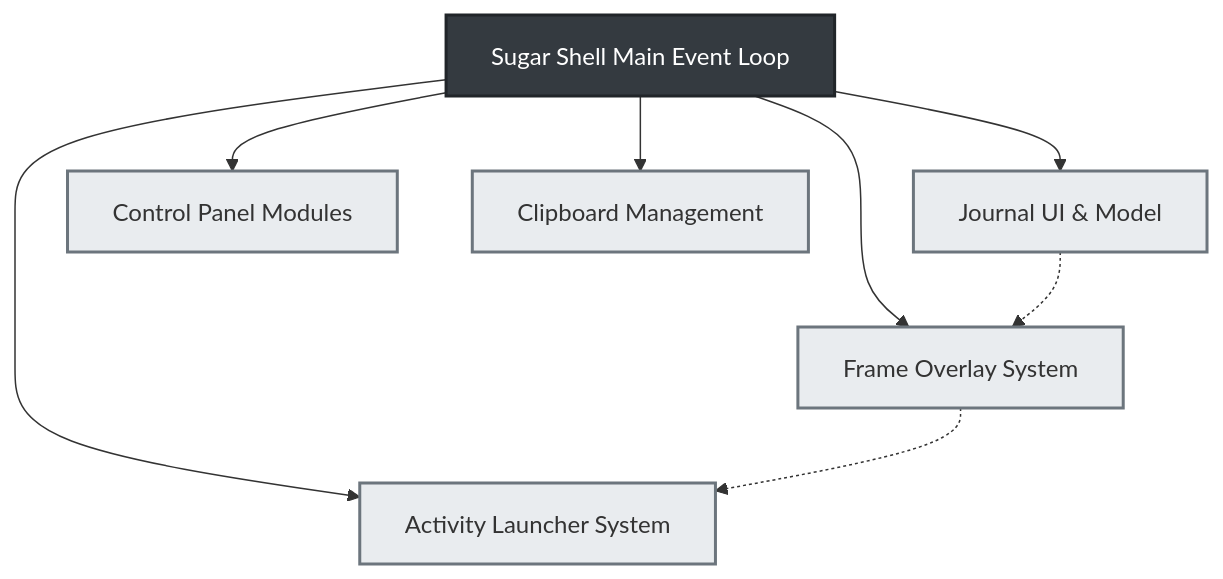
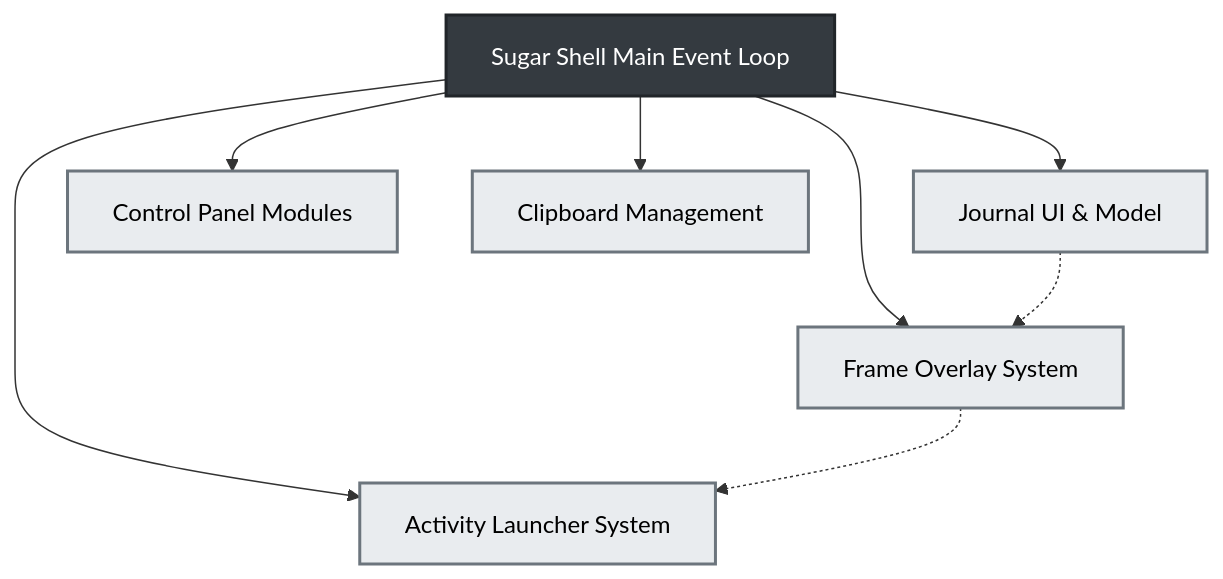
Before and after one commit to Dev10-sys/sugar-proposal-gtk: the fourth of 5 diagrams in proposal.md, drawn with Mermaid. The commit also changed other lines of this file, not shown here.

Commit message:
Force black text color in mermaid classes for dark mode visibility on light backgrounds

````diff
--- a/proposal.md
+++ b/proposal.md
@@ -222,26 +222,26 @@
 ```mermaid
 flowchart TD
     classDef main fill:#343a40,stroke:#212529,stroke-width:2px,color:#fff;
-    classDef comp fill:#e9ecef,stroke:#6c757d,stroke-width:2px;
+    classDef comp fill:#e9ecef,stroke:#6c757d,stroke-width:2px,color:#000;
 
     MainLoop["Sugar Shell Main Event Loop"]
     class MainLoop main;
 
     F["Frame Overlay System"]
     J["Journal UI & Model"]
     AL["Activity Launcher System"]
     CP["Control Panel Modules"]
     C["Clipboard Management"]
     
     MainLoop --> F
     MainLoop --> J
     MainLoop --> AL
     MainLoop --> CP
     MainLoop --> C
 
     class F,J,AL,CP,C comp;
 
     %% Showing dependencies
     F -.-> AL
     J -.-> F
 ```
````
